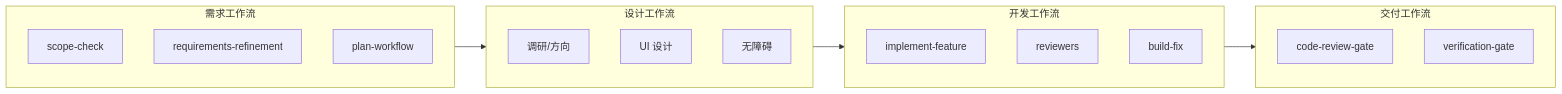
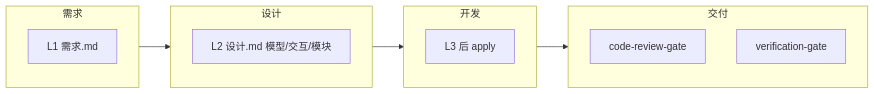
One commit to MyLoveou/cursor-project-spec changed the diagram in shared/workflows/README.md. Above: the diagram before and after it, drawn with Mermaid. The commit also changed other lines of this file and 314 other files, not shown here.

````diff
--- a/shared/workflows/README.md
+++ b/shared/workflows/README.md
@@ -41,25 +18,19 @@
 ```mermaid
 flowchart LR
-  subgraph REQ["需求工作流"]
-    R1[scope-check]
-    R2[requirements-refinement]
-    R3[plan-workflow]
+  subgraph REQ["需求"]
+    R1[L1 需求.md]
   end
-  subgraph DES["设计工作流"]
-    D1[调研/方向]
-    D2[UI 设计]
-    D3[无障碍]
+  subgraph DES["设计"]
+    D1[L2 设计.md 模型/交互/模块]
   end
-  subgraph DEV["开发工作流"]
-    V1[implement-feature]
-    V2[reviewers]
-    V3[build-fix]
+  subgraph DEV["开发"]
+    V1[L3 后 apply]
   end
-  subgraph DEL["交付工作流"]
+  subgraph DEL["交付"]
     L1[code-review-gate]
     L2[verification-gate]
   end
   REQ --> DES
   DES --> DEV
   DEV --> DEL
 ```
````
